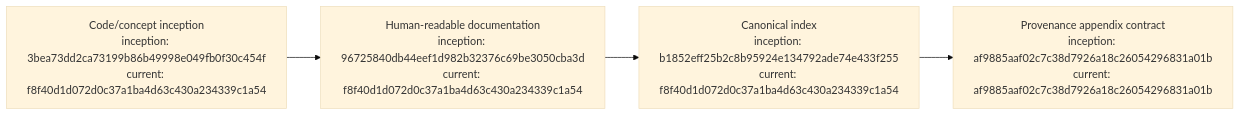
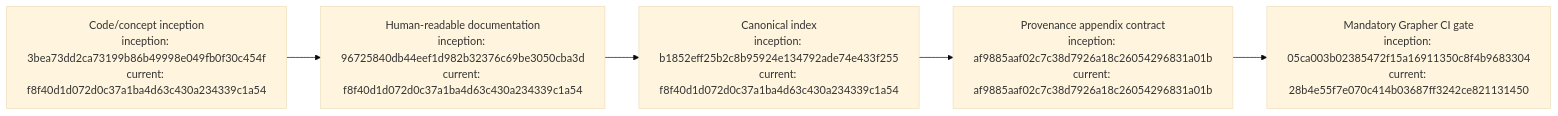
Before and after one commit to seanbman/dreadnought: the diagram in docs/DOCUMENTATION_LEDGER.md, drawn with Mermaid (base theme). The commit also changed other lines of this file, not shown here.

Commit message:
docs: record Grapher CI enforcement

````diff
--- a/docs/DOCUMENTATION_LEDGER.md
+++ b/docs/DOCUMENTATION_LEDGER.md
@@ -19,6 +31,7 @@
 ```mermaid
 flowchart LR
     C["Code/concept inception<br/>inception: 3bea73dd2ca73199b86b49998e049fb0f30c454f<br/>current: f8f40d1d072d0c37a1ba4d63c430a234339c1a54"] --> D["Human-readable documentation<br/>inception: 96725840db44eef1d982b32376c69be3050cba3d<br/>current: f8f40d1d072d0c37a1ba4d63c430a234339c1a54"]
     D --> I["Canonical index<br/>inception: b1852eff25b2c8b95924e134792ade74e433f255<br/>current: f8f40d1d072d0c37a1ba4d63c430a234339c1a54"]
     I --> A["Provenance appendix contract<br/>inception: af9885aaf02c7c38d7926a18c26054296831a01b<br/>current: af9885aaf02c7c38d7926a18c26054296831a01b"]
+    A --> G["Mandatory Grapher CI gate<br/>inception: 05ca003b02385472f15a16911350c8f4b9683304<br/>current: 28b4e55f7e070c414b03687ff3242ce821131450"]
 ```
````
